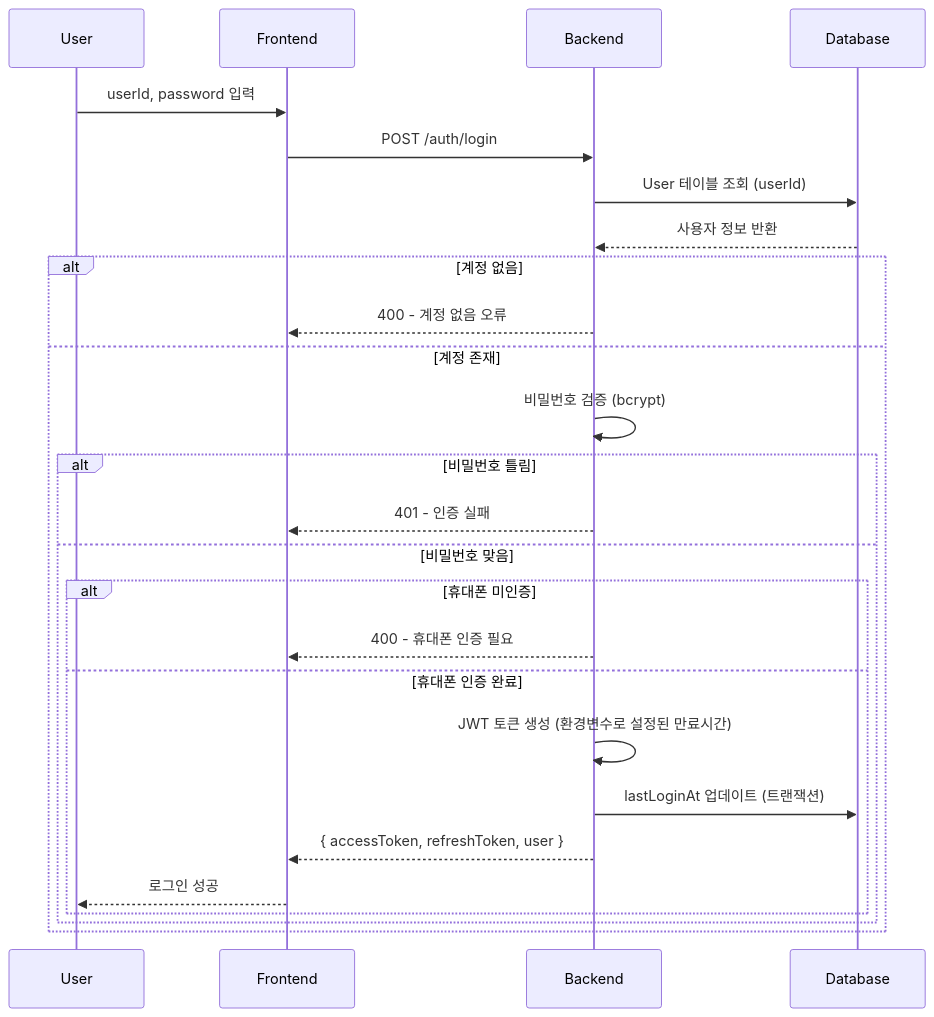
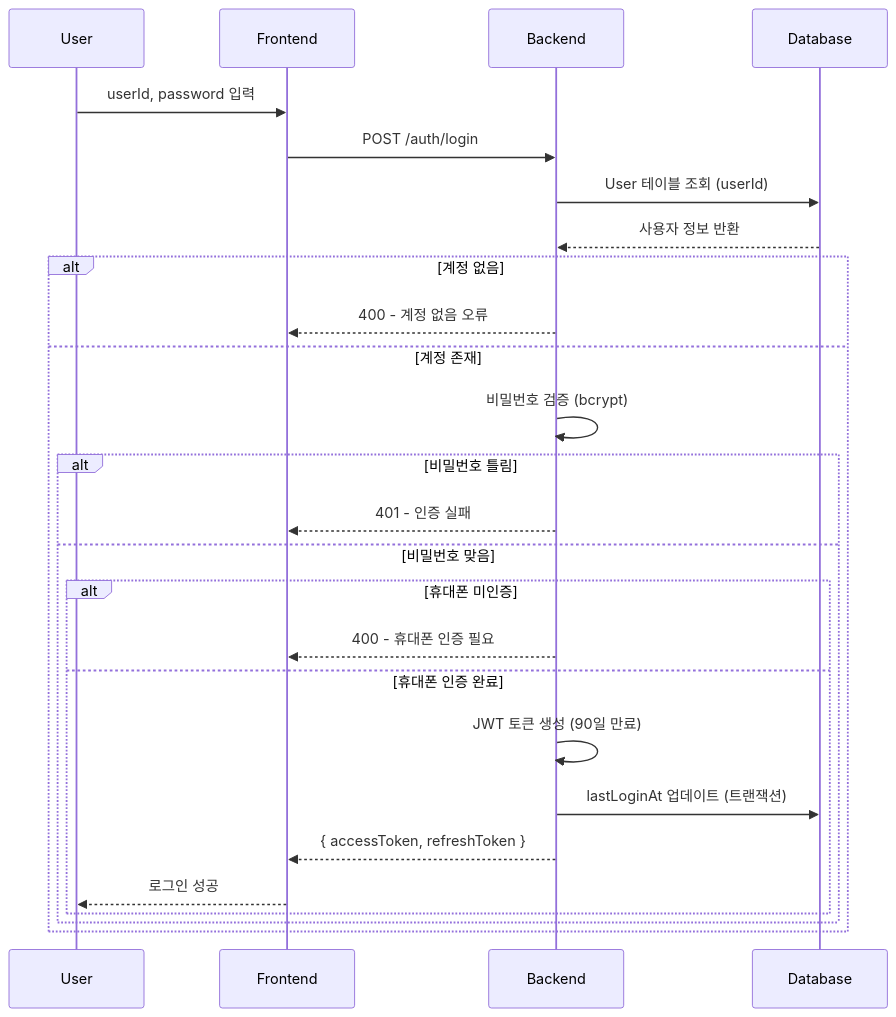
One commit to picake-team/picake-engineering-backend changed the second of 8 diagrams in docs/common/feature/통합 인증 - 가이드.md. Above: the diagram before and after it, drawn with Mermaid. The commit also changed other lines of this file and 15 other files, not shown here.

````diff
--- a/docs/common/feature/통합 인증 - 가이드.md
+++ b/docs/common/feature/통합 인증 - 가이드.md
@@ -75,30 +74,30 @@
 ```mermaid
 sequenceDiagram
     participant U as User
     participant F as Frontend
     participant B as Backend
     participant DB as Database
 
     U->>F: userId, password 입력
     F->>B: POST /auth/login
     B->>DB: User 테이블 조회 (userId)
     DB-->>B: 사용자 정보 반환
 
     alt 계정 없음
         B-->>F: 400 - 계정 없음 오류
     else 계정 존재
         B->>B: 비밀번호 검증 (bcrypt)
         alt 비밀번호 틀림
             B-->>F: 401 - 인증 실패
         else 비밀번호 맞음
             alt 휴대폰 미인증
                 B-->>F: 400 - 휴대폰 인증 필요
             else 휴대폰 인증 완료
-                B->>B: JWT 토큰 생성 (환경변수로 설정된 만료시간)
+                B->>B: JWT 토큰 생성 (90일 만료)
                 B->>DB: lastLoginAt 업데이트 (트랜잭션)
-                B-->>F: { accessToken, refreshToken, user }
+                B-->>F: { accessToken, refreshToken }
                 F-->>U: 로그인 성공
             end
         end
     end
 ```
````
